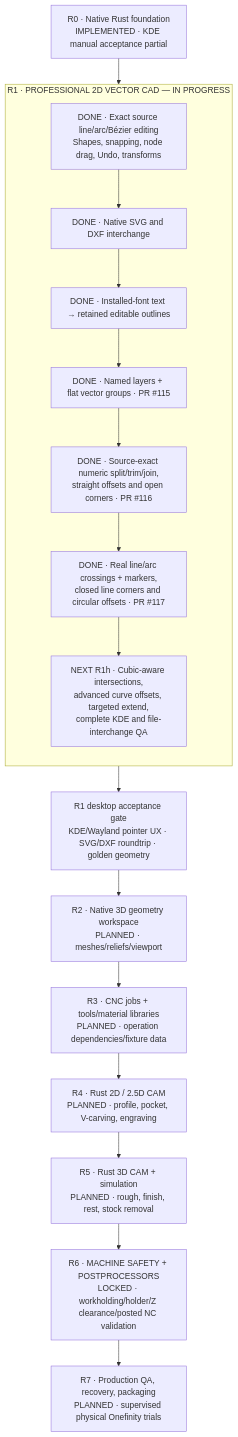
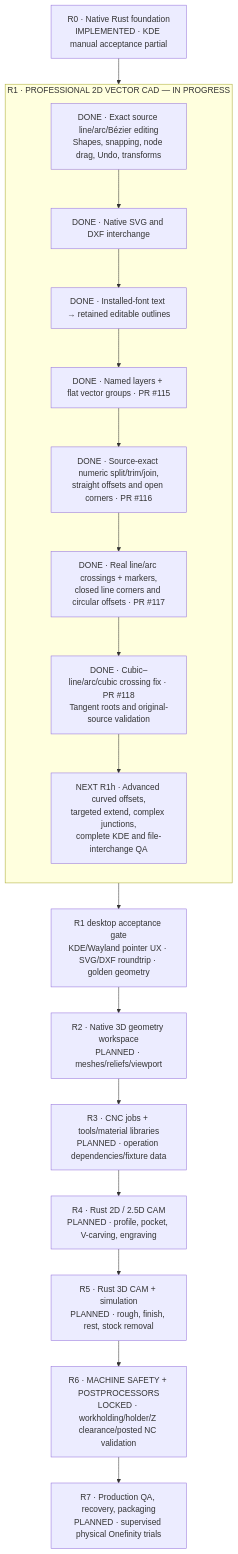
Before and after one commit to newnetmp3/CarveFoundry: the diagram in docs/ROADMAP_DIAGRAM.md, drawn with Mermaid. The commit also changed other lines of this file, not shown here.

Commit message:
Update R0-R7 roadmap diagram after verified Bézier crossing regression fix

````diff
--- a/docs/ROADMAP_DIAGRAM.md
+++ b/docs/ROADMAP_DIAGRAM.md
@@ -11,24 +11,25 @@
 ```mermaid
 flowchart TD
     R0["R0 · Native Rust foundation<br/>IMPLEMENTED · KDE manual acceptance partial"]
     subgraph R1["R1 · PROFESSIONAL 2D VECTOR CAD — IN PROGRESS"]
         direction TB
         A["DONE · Exact source line/arc/Bézier editing<br/>Shapes, snapping, node drag, Undo, transforms"]
         B["DONE · Native SVG and DXF interchange"]
         C["DONE · Installed-font text → retained editable outlines"]
         D["DONE · Named layers + flat vector groups · PR #115"]
         E["DONE · Source-exact numeric split/trim/join,<br/>straight offsets and open corners · PR #116"]
         F["DONE · Real line/arc crossings + markers,<br/>closed line corners and circular offsets · PR #117"]
-        G["NEXT R1h · Cubic-aware intersections,<br/>advanced curve offsets, targeted extend,<br/>complete KDE and file-interchange QA"]
-        A --> B --> C --> D --> E --> F --> G
+        F2["DONE · Cubic–line/arc/cubic crossing fix · PR #118<br/>Tangent roots and original-source validation"]
+        G["NEXT R1h · Advanced curved offsets,<br/>targeted extend, complex junctions,<br/>complete KDE and file-interchange QA"]
+        A --> B --> C --> D --> E --> F --> F2 --> G
     end
     QA["R1 desktop acceptance gate<br/>KDE/Wayland pointer UX · SVG/DXF roundtrip · golden geometry"]
     R2["R2 · Native 3D geometry workspace<br/>PLANNED · meshes/reliefs/viewport"]
     R3["R3 · CNC jobs + tools/material libraries<br/>PLANNED · operation dependencies/fixture data"]
     R4["R4 · Rust 2D / 2.5D CAM<br/>PLANNED · profile, pocket, V-carving, engraving"]
     R5["R5 · Rust 3D CAM + simulation<br/>PLANNED · rough, finish, rest, stock removal"]
     R6["R6 · MACHINE SAFETY + POSTPROCESSORS<br/>LOCKED · workholding/holder/Z clearance/posted NC validation"]
     R7["R7 · Production QA, recovery, packaging<br/>PLANNED · supervised physical Onefinity trials"]
     R0 --> A
     G --> QA --> R2 --> R3 --> R4 --> R5 --> R6 --> R7
 ```
````
